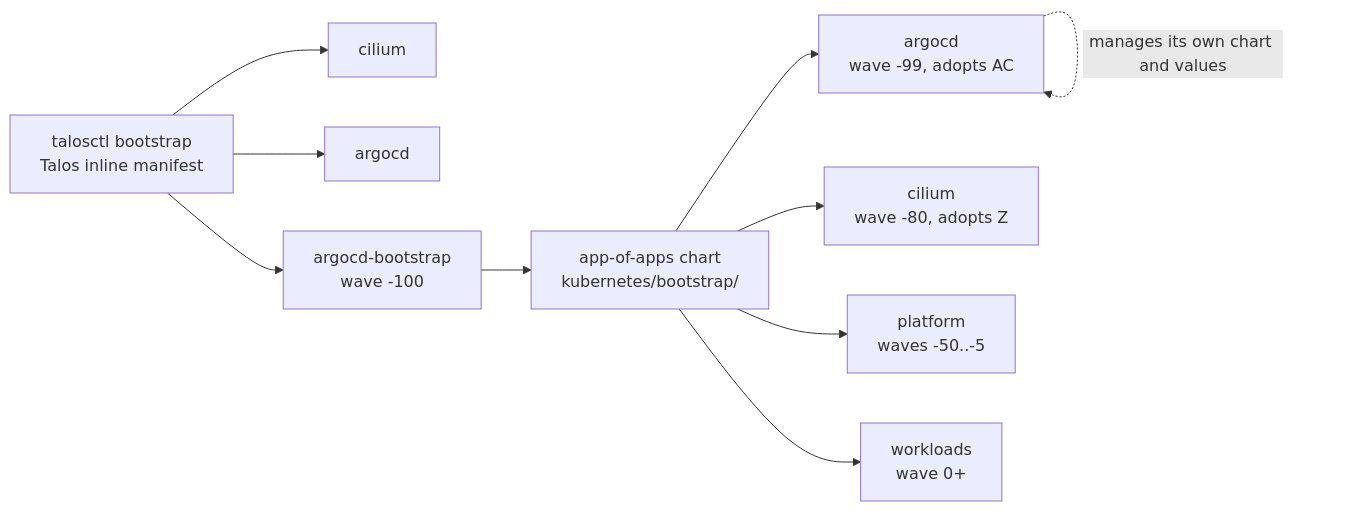
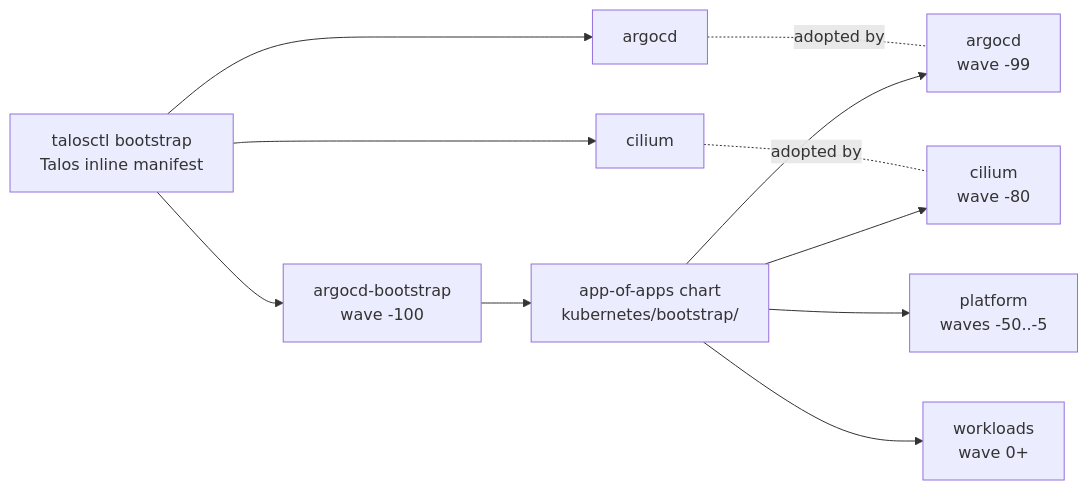
Before and after one commit to theadzik/homelab: the first of 2 diagrams in docs/gitops.md, drawn with Mermaid. The commit also changed other lines of this file and 4 other files, not shown here.

````diff
--- a/docs/gitops.md
+++ b/docs/gitops.md
@@ -13,12 +13,13 @@
 ```mermaid
 flowchart LR
     T["talosctl bootstrap<br/>Talos inline manifest"] --> Z["cilium"]
     T --> AC["argocd"]
     T --> A["argocd-bootstrap<br/>wave -100"]
     A --> B["app-of-apps chart<br/>kubernetes/bootstrap/"]
-    B --> C["argocd<br/>wave -99, adopts AC"]
-    B --> Z2["cilium<br/>wave -80, adopts Z"]
+    B --> C["argocd<br/>wave -99"]
+    B --> Z2["cilium<br/>wave -80"]
     B --> D["platform<br/>waves -50..-5"]
     B --> E["workloads<br/>wave 0+"]
-    C -.->|manages its own chart and values| C
+    AC <-.-|adopted by| C
+    Z <-.-|adopted by| Z2
 ```
````
